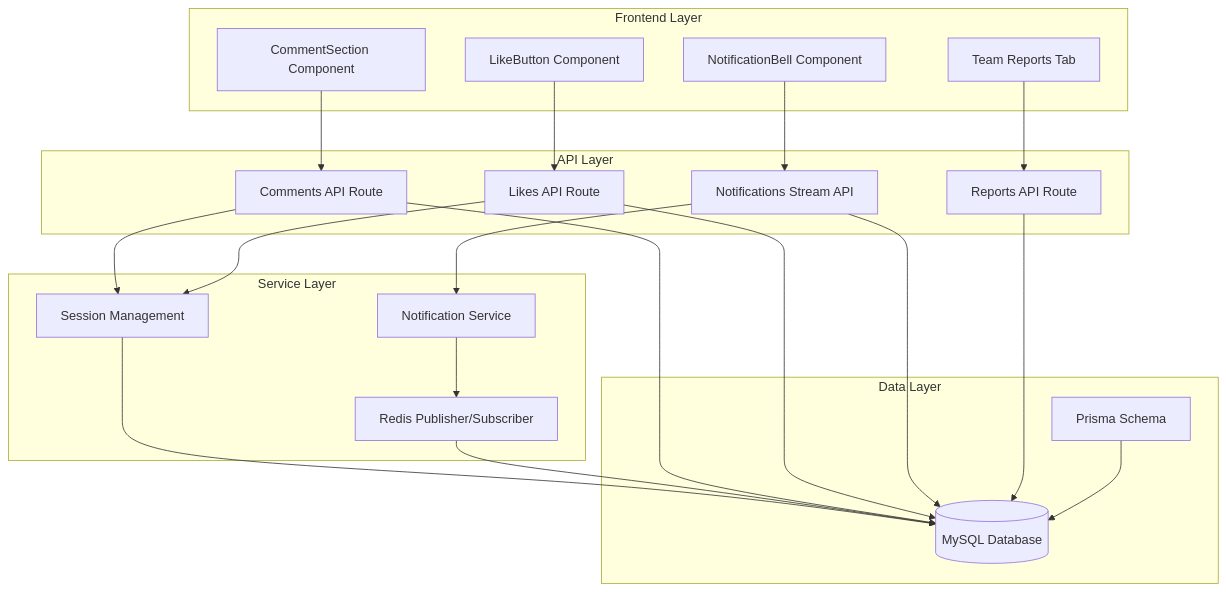
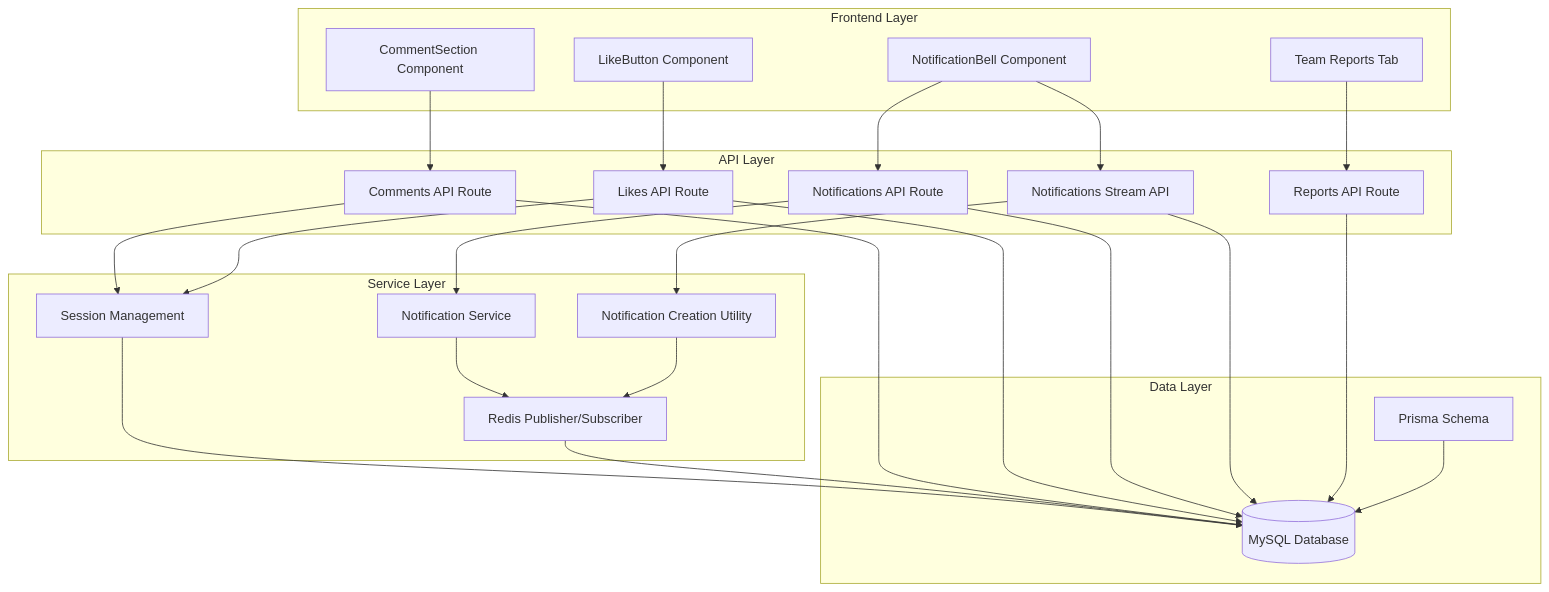
Before and after one commit to jrj444/git-daily: the first of 12 diagrams in .qoder/repowiki/en/content/Frontend Components/Social Interaction System.md, drawn with Mermaid. The commit also changed other lines of this file and 6 other files, not shown here.

````diff
--- a/.qoder/repowiki/en/content/Frontend Components/Social Interaction System.md
+++ b/.qoder/repowiki/en/content/Frontend Components/Social Interaction System.md
@@ -46,39 +56,45 @@
 ```mermaid
 graph TB
 subgraph "Frontend Layer"
 UI_Comment[CommentSection Component]
 UI_Like[LikeButton Component]
 UI_Notification[NotificationBell Component]
 UI_TeamReports[Team Reports Tab]
 end
 subgraph "API Layer"
 API_Comments[Comments API Route]
 API_Likes[Likes API Route]
-API_Notifications[Notifications Stream API]
+API_Notifications[Notifications API Route]
+API_NotificationsStream[Notifications Stream API]
 API_Reports[Reports API Route]
 end
 subgraph "Service Layer"
 Service_Session[Session Management]
 Service_Notification[Notification Service]
 Service_Redis[Redis Publisher/Subscriber]
+Service_CreateNotification[Notification Creation Utility]
 end
 subgraph "Data Layer"
 DB_Primary[(MySQL Database)]
 DB_Schema[Prisma Schema]
 end
 UI_Comment --> API_Comments
 UI_Like --> API_Likes
 UI_Notification --> API_Notifications
+UI_Notification --> API_NotificationsStream
 UI_TeamReports --> API_Reports
 API_Comments --> Service_Session
 API_Likes --> Service_Session
 API_Notifications --> Service_Notification
+API_NotificationsStream --> Service_CreateNotification
 Service_Session --> DB_Primary
 Service_Notification --> Service_Redis
+Service_CreateNotification --> Service_Redis
 Service_Redis --> DB_Primary
 API_Comments --> DB_Primary
 API_Likes --> DB_Primary
 API_Notifications --> DB_Primary
+API_NotificationsStream --> DB_Primary
 API_Reports --> DB_Primary
 DB_Schema --> DB_Primary
 ```
````
